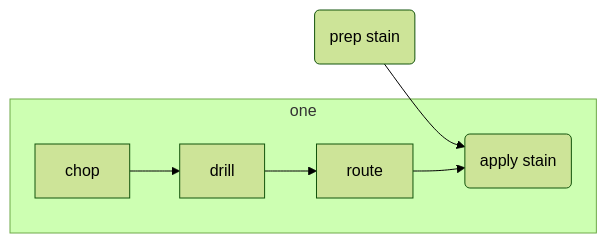
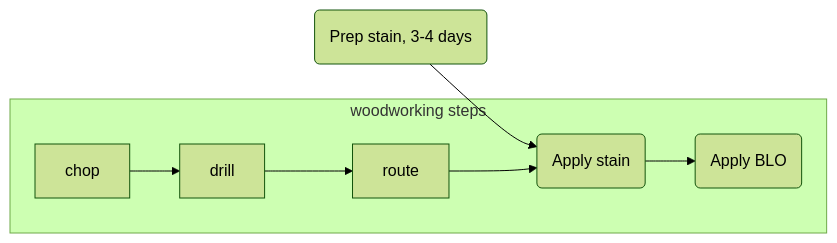
One commit to frankburgs/wood changed the diagram in README.md. Above: the diagram before and after it, drawn with Mermaid (forest theme).

````diff
--- a/README.md
+++ b/README.md
@@ -1,9 +1,10 @@
 ```mermaid
 flowchart LR
-    id1(prep stain)-->id2(apply stain)
-    subgraph ide1 [one]
+    id1(Prep stain, 3-4 days)-->id2(Apply stain)
+    subgraph ide1 [woodworking steps]
     chop-->drill
     drill-->route
     route-->id2
+    id2-->id3(Apply BLO)
     end
 ```
````
